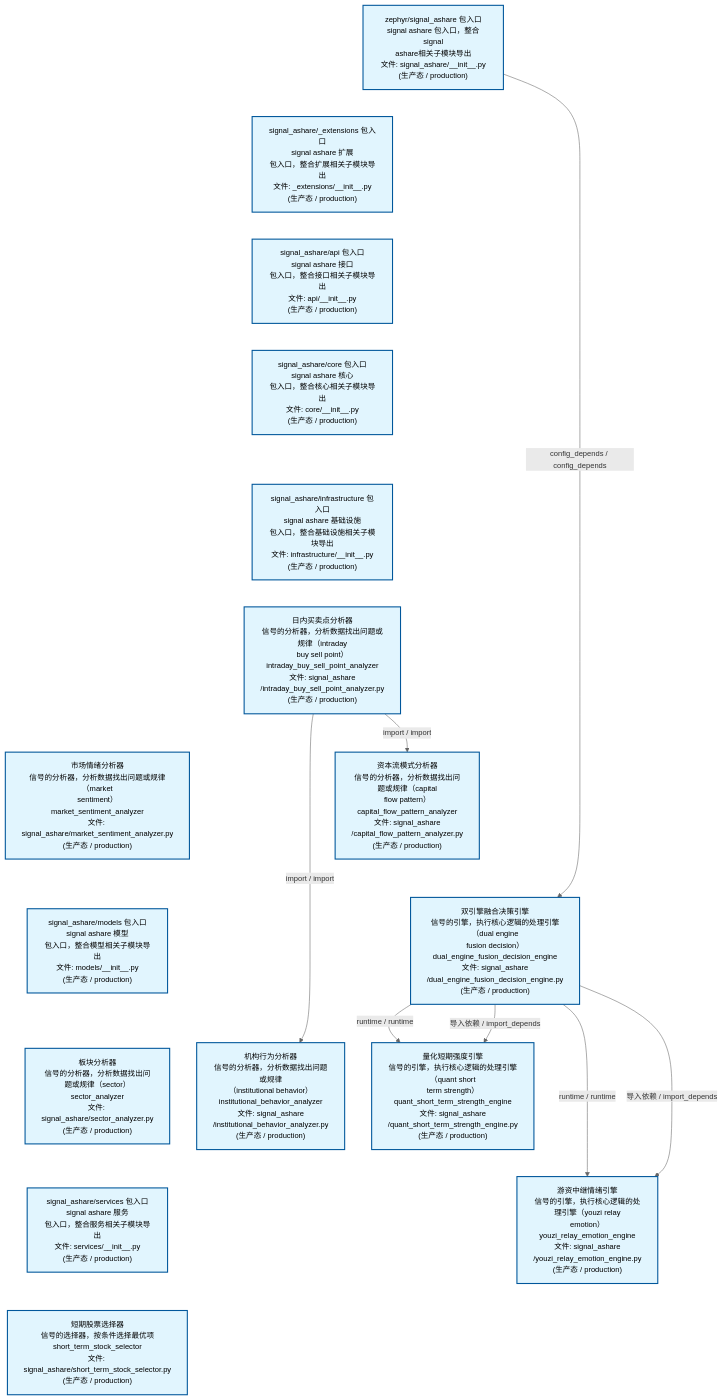
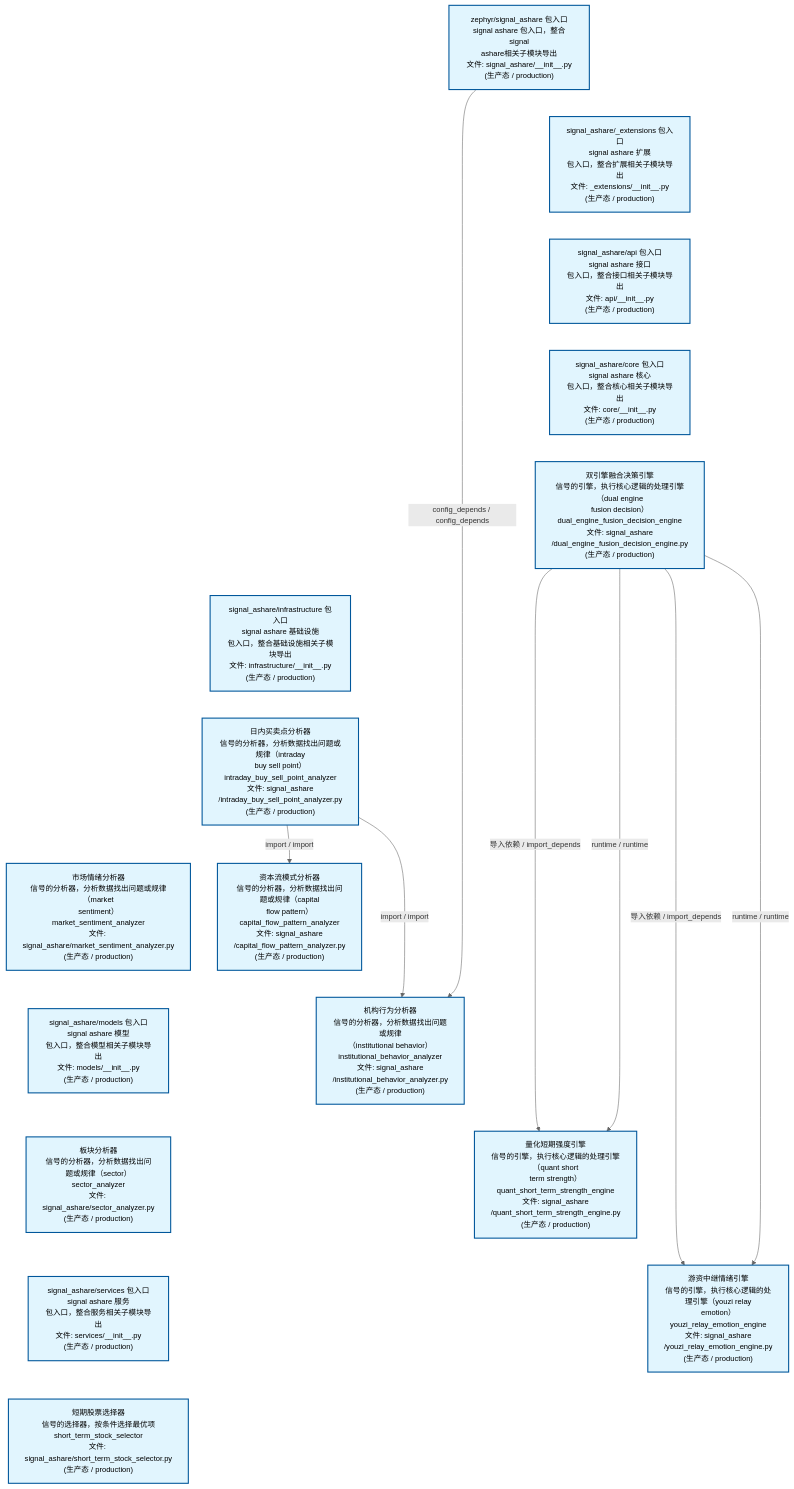
Before and after one commit to xuanFelixVan/ZephyrAlpha: the second of 4 diagrams in docs/02_enterprise_architecture/02_domain_architecture_docs/32_d_ashare_signal.md, drawn with Mermaid. The commit also changed other lines of this file and 46 other files, not shown here.

````diff
--- a/docs/02_enterprise_architecture/02_domain_architecture_docs/32_d_ashare_signal.md
+++ b/docs/02_enterprise_architecture/02_domain_architecture_docs/32_d_ashare_signal.md
@@ -163,45 +163,46 @@
 ```mermaid
 %%{init: {'theme': 'base', 'themeVariables': {'primaryColor': '#eaeaea', 'primaryTextColor': '#333333', 'primaryBorderColor': '#666666', 'lineColor': '#666666', 'secondaryColor': '#eaeaea', 'tertiaryColor': '#eaeaea', 'fontSize': '14px'}}}%%
 flowchart TD
     src_zephyr_signal_ashare_init_py["zephyr/signal_ashare 包入口<br/>signal ashare 包入口，整合signal<br/>ashare相关子模块导出<br/>文件: signal_ashare/__init__.py<br/>(生产态 / production)"]
     src_zephyr_signal_ashare_extensions_init_py["signal_ashare/_extensions 包入口<br/>signal ashare 扩展<br/>包入口，整合扩展相关子模块导出<br/>文件: _extensions/__init__.py<br/>(生产态 / production)"]
     src_zephyr_signal_ashare_api_init_py["signal_ashare/api 包入口<br/>signal ashare 接口<br/>包入口，整合接口相关子模块导出<br/>文件: api/__init__.py<br/>(生产态 / production)"]
     src_zephyr_signal_ashare_core_init_py["signal_ashare/core 包入口<br/>signal ashare 核心<br/>包入口，整合核心相关子模块导出<br/>文件: core/__init__.py<br/>(生产态 / production)"]
+    src_zephyr_signal_ashare_dual_engine_fusion_decision_engine_py["双引擎融合决策引擎<br/>信号的引擎，执行核心逻辑的处理引擎（dual engine<br/>fusion decision）<br/>dual_engine_fusion_decision_engine<br/>文件: signal_ashare<br/>/dual_engine_fusion_decision_engine.py<br/>(生产态 / production)"]
     src_zephyr_signal_ashare_infrastructure_init_py["signal_ashare/infrastructure 包入口<br/>signal ashare 基础设施<br/>包入口，整合基础设施相关子模块导出<br/>文件: infrastructure/__init__.py<br/>(生产态 / production)"]
     src_zephyr_signal_ashare_intraday_buy_sell_point_analyzer_py["日内买卖点分析器<br/>信号的分析器，分析数据找出问题或规律（intraday<br/>buy sell point）<br/>intraday_buy_sell_point_analyzer<br/>文件: signal_ashare<br/>/intraday_buy_sell_point_analyzer.py<br/>(生产态 / production)"]
     src_zephyr_signal_ashare_market_sentiment_analyzer_py["市场情绪分析器<br/>信号的分析器，分析数据找出问题或规律（market<br/>sentiment）<br/>market_sentiment_analyzer<br/>文件: signal_ashare/market_sentiment_analyzer.py<br/>(生产态 / production)"]
     src_zephyr_signal_ashare_models_init_py["signal_ashare/models 包入口<br/>signal ashare 模型<br/>包入口，整合模型相关子模块导出<br/>文件: models/__init__.py<br/>(生产态 / production)"]
     src_zephyr_signal_ashare_sector_analyzer_py["板块分析器<br/>信号的分析器，分析数据找出问题或规律（sector）<br/>sector_analyzer<br/>文件: signal_ashare/sector_analyzer.py<br/>(生产态 / production)"]
     src_zephyr_signal_ashare_services_init_py["signal_ashare/services 包入口<br/>signal ashare 服务<br/>包入口，整合服务相关子模块导出<br/>文件: services/__init__.py<br/>(生产态 / production)"]
     src_zephyr_signal_ashare_short_term_stock_selector_py["短期股票选择器<br/>信号的选择器，按条件选择最优项<br/>short_term_stock_selector<br/>文件: signal_ashare/short_term_stock_selector.py<br/>(生产态 / production)"]
     src_zephyr_signal_ashare_init_py ~~~ src_zephyr_signal_ashare_extensions_init_py
     src_zephyr_signal_ashare_extensions_init_py ~~~ src_zephyr_signal_ashare_api_init_py
     src_zephyr_signal_ashare_api_init_py ~~~ src_zephyr_signal_ashare_core_init_py
-    src_zephyr_signal_ashare_core_init_py ~~~ src_zephyr_signal_ashare_infrastructure_init_py
+    src_zephyr_signal_ashare_core_init_py ~~~ src_zephyr_signal_ashare_dual_engine_fusion_decision_engine_py
+    src_zephyr_signal_ashare_dual_engine_fusion_decision_engine_py ~~~ src_zephyr_signal_ashare_infrastructure_init_py
     src_zephyr_signal_ashare_infrastructure_init_py ~~~ src_zephyr_signal_ashare_intraday_buy_sell_point_analyzer_py
     src_zephyr_signal_ashare_intraday_buy_sell_point_analyzer_py ~~~ src_zephyr_signal_ashare_market_sentiment_analyzer_py
     src_zephyr_signal_ashare_market_sentiment_analyzer_py ~~~ src_zephyr_signal_ashare_models_init_py
     src_zephyr_signal_ashare_models_init_py ~~~ src_zephyr_signal_ashare_sector_analyzer_py
     src_zephyr_signal_ashare_sector_analyzer_py ~~~ src_zephyr_signal_ashare_services_init_py
     src_zephyr_signal_ashare_services_init_py ~~~ src_zephyr_signal_ashare_short_term_stock_selector_py
     src_zephyr_signal_ashare_capital_flow_pattern_analyzer_py["资本流模式分析器<br/>信号的分析器，分析数据找出问题或规律（capital<br/>flow pattern）<br/>capital_flow_pattern_analyzer<br/>文件: signal_ashare<br/>/capital_flow_pattern_analyzer.py<br/>(生产态 / production)"]
-    src_zephyr_signal_ashare_dual_engine_fusion_decision_engine_py["双引擎融合决策引擎<br/>信号的引擎，执行核心逻辑的处理引擎（dual engine<br/>fusion decision）<br/>dual_engine_fusion_decision_engine<br/>文件: signal_ashare<br/>/dual_engine_fusion_decision_engine.py<br/>(生产态 / production)"]
     src_zephyr_signal_ashare_institutional_behavior_analyzer_py["机构行为分析器<br/>信号的分析器，分析数据找出问题或规律<br/>（institutional behavior）<br/>institutional_behavior_analyzer<br/>文件: signal_ashare<br/>/institutional_behavior_analyzer.py<br/>(生产态 / production)"]
-    src_zephyr_signal_ashare_capital_flow_pattern_analyzer_py ~~~ src_zephyr_signal_ashare_dual_engine_fusion_decision_engine_py
-    src_zephyr_signal_ashare_dual_engine_fusion_decision_engine_py ~~~ src_zephyr_signal_ashare_institutional_behavior_analyzer_py
     src_zephyr_signal_ashare_quant_short_term_strength_engine_py["量化短期强度引擎<br/>信号的引擎，执行核心逻辑的处理引擎（quant short<br/>term strength）<br/>quant_short_term_strength_engine<br/>文件: signal_ashare<br/>/quant_short_term_strength_engine.py<br/>(生产态 / production)"]
     src_zephyr_signal_ashare_youzi_relay_emotion_engine_py["游资中继情绪引擎<br/>信号的引擎，执行核心逻辑的处理引擎（youzi relay<br/>emotion）<br/>youzi_relay_emotion_engine<br/>文件: signal_ashare<br/>/youzi_relay_emotion_engine.py<br/>(生产态 / production)"]
+    src_zephyr_signal_ashare_capital_flow_pattern_analyzer_py ~~~ src_zephyr_signal_ashare_institutional_behavior_analyzer_py
+    src_zephyr_signal_ashare_institutional_behavior_analyzer_py ~~~ src_zephyr_signal_ashare_quant_short_term_strength_engine_py
     src_zephyr_signal_ashare_quant_short_term_strength_engine_py ~~~ src_zephyr_signal_ashare_youzi_relay_emotion_engine_py
+    src_zephyr_signal_ashare_dual_engine_fusion_decision_engine_py -->|导入依赖 / import_depends| src_zephyr_signal_ashare_quant_short_term_strength_engine_py
     src_zephyr_signal_ashare_dual_engine_fusion_decision_engine_py -->|runtime / runtime| src_zephyr_signal_ashare_quant_short_term_strength_engine_py
-    src_zephyr_signal_ashare_dual_engine_fusion_decision_engine_py -->|导入依赖 / import_depends| src_zephyr_signal_ashare_quant_short_term_strength_engine_py
+    src_zephyr_signal_ashare_dual_engine_fusion_decision_engine_py -->|导入依赖 / import_depends| src_zephyr_signal_ashare_youzi_relay_emotion_engine_py
     src_zephyr_signal_ashare_dual_engine_fusion_decision_engine_py -->|runtime / runtime| src_zephyr_signal_ashare_youzi_relay_emotion_engine_py
-    src_zephyr_signal_ashare_dual_engine_fusion_decision_engine_py -->|导入依赖 / import_depends| src_zephyr_signal_ashare_youzi_relay_emotion_engine_py
+    src_zephyr_signal_ashare_intraday_buy_sell_point_analyzer_py -->|import / import| src_zephyr_signal_ashare_institutional_behavior_analyzer_py
     src_zephyr_signal_ashare_intraday_buy_sell_point_analyzer_py -->|import / import| src_zephyr_signal_ashare_capital_flow_pattern_analyzer_py
-    src_zephyr_signal_ashare_intraday_buy_sell_point_analyzer_py -->|import / import| src_zephyr_signal_ashare_institutional_behavior_analyzer_py
-    src_zephyr_signal_ashare_init_py -->|config_depends / config_depends| src_zephyr_signal_ashare_dual_engine_fusion_decision_engine_py
+    src_zephyr_signal_ashare_init_py -->|config_depends / config_depends| src_zephyr_signal_ashare_institutional_behavior_analyzer_py
     classDef production fill:#e1f5fe,stroke:#01579b,stroke-width:2px,color:#000
     classDef design fill:#fff3e0,stroke:#e65100,stroke-width:2px,color:#000,stroke-dasharray: 5 5
     classDef external_prod fill:#e8f4fd,stroke:#0277bd,stroke-width:1px,color:#000
     classDef external_design fill:#fff8e7,stroke:#ef6c00,stroke-width:1px,color:#000,stroke-dasharray: 5 5
     class src_zephyr_signal_ashare_init_py,src_zephyr_signal_ashare_extensions_init_py,src_zephyr_signal_ashare_api_init_py,src_zephyr_signal_ashare_capital_flow_pattern_analyzer_py,src_zephyr_signal_ashare_core_init_py,src_zephyr_signal_ashare_dual_engine_fusion_decision_engine_py,src_zephyr_signal_ashare_infrastructure_init_py,src_zephyr_signal_ashare_institutional_behavior_analyzer_py,src_zephyr_signal_ashare_intraday_buy_sell_point_analyzer_py,src_zephyr_signal_ashare_market_sentiment_analyzer_py,src_zephyr_signal_ashare_models_init_py,src_zephyr_signal_ashare_quant_short_term_strength_engine_py,src_zephyr_signal_ashare_sector_analyzer_py,src_zephyr_signal_ashare_services_init_py,src_zephyr_signal_ashare_short_term_stock_selector_py,src_zephyr_signal_ashare_youzi_relay_emotion_engine_py production
 ```
````
